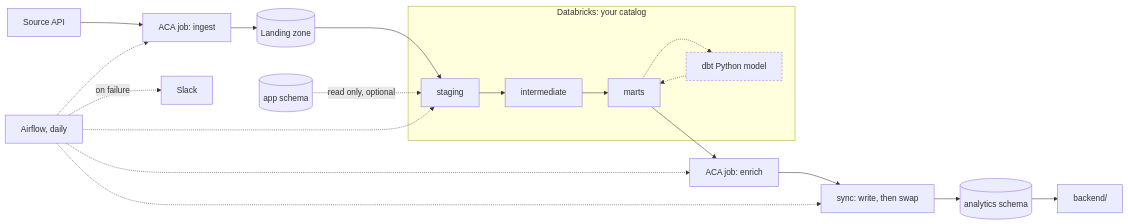
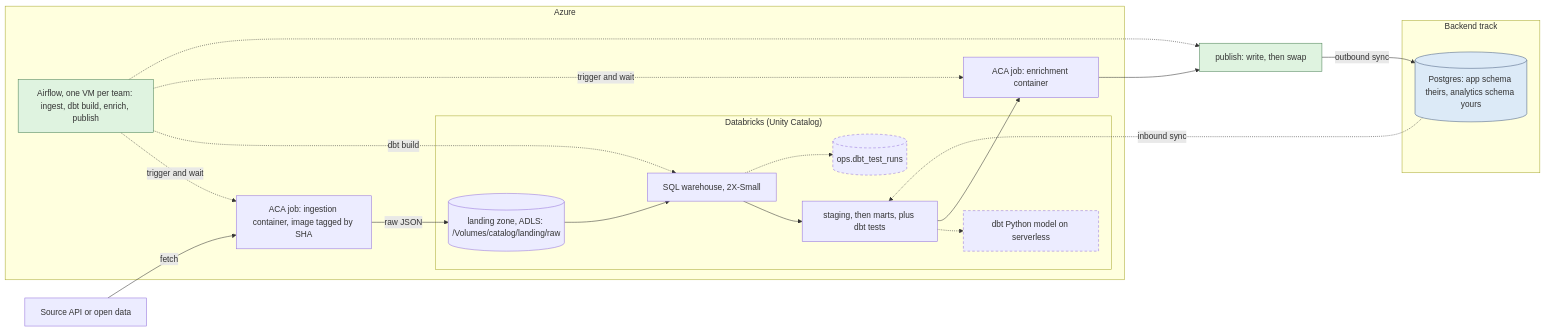
The first of 2 diagrams in data/README.md (HackYourFuture/final-project-template), drawn with Mermaid before and after one commit. The commit also changed other lines of this file, not shown here.

Commit message:
docs(data): match the course architecture diagram

````diff
--- a/data/README.md
+++ b/data/README.md
@@ -15,25 +15,44 @@
 ```mermaid
 flowchart LR
-    API["Source API"] --> ACA["ACA job: ingest"]
-    ACA --> VOL[("Landing zone")]
+    SRC["Source API or open data"]
 
-    subgraph dbx["Databricks: your catalog"]
-        STG["staging"] --> INT["intermediate"] --> MART["marts"]
-        MART -.-> PYM["dbt Python model"]
-        PYM -.-> MART
+    subgraph az["Azure"]
+        ING["ACA job: ingestion container, image tagged by SHA"]
+        ENR["ACA job: enrichment container"]
+
+        subgraph dbx["Databricks (Unity Catalog)"]
+            LAND[("landing zone, ADLS: /Volumes/catalog/landing/raw")]
+            WH["SQL warehouse, 2X-Small"]
+            MODELS["staging, then marts, plus dbt tests"]
+            PYM["dbt Python model on serverless"]
+            OPSTBL[("ops.dbt_test_runs")]
+        end
+
+        AF["Airflow, one VM per team: ingest, dbt build, enrich, publish"]
     end
 
-    VOL --> STG
-    MART --> EN["ACA job: enrich"] --> SYNC["sync: write, then swap"]
-    SYNC --> PG[("analytics schema")] --> BE["backend/"]
-    APP[("app schema")] -.->|"read only, optional"| STG
+    subgraph be["Backend track"]
+        PG[("Postgres: app schema theirs, analytics schema yours")]
+    end
 
-    AF["Airflow, daily"] -.-> ACA
-    AF -.-> STG
-    AF -.-> EN
-    AF -.-> SYNC
-    AF -.->|"on failure"| SL["Slack"]
+    SRC -->|"fetch"| ING
+    ING -->|"raw JSON"| LAND
+    LAND --> WH --> MODELS
+    MODELS -.-> PYM
+    WH -.-> OPSTBL
+    MODELS --> ENR --> PUB["publish: write, then swap"]
+    PUB -->|"outbound sync"| PG
+    PG -.->|"inbound sync"| MODELS
 
-    classDef opt stroke-dasharray:4 3
-    class PYM opt
+    AF -.->|"trigger and wait"| ING
+    AF -.->|"dbt build"| WH
+    AF -.->|"trigger and wait"| ENR
+    AF -.-> PUB
+
+    classDef opt stroke-dasharray:5 4
+    classDef orch fill:#dff3e0,stroke:#4a8055
+    classDef store fill:#dceaf7,stroke:#4a6080
+    class PYM,OPSTBL opt
+    class AF,PUB orch
+    class PG store
 ```
````
